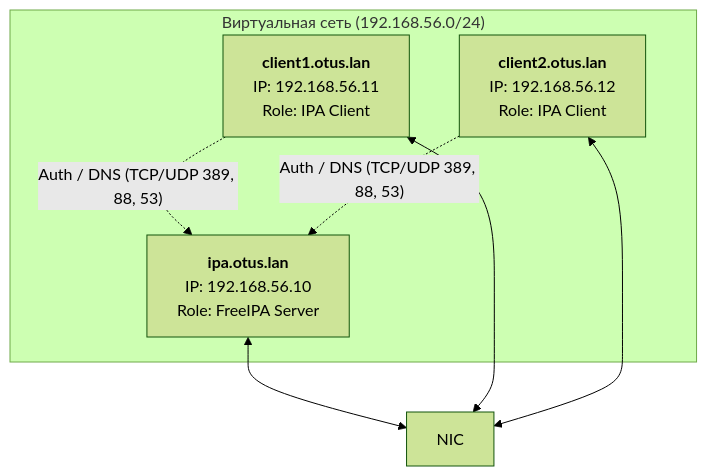
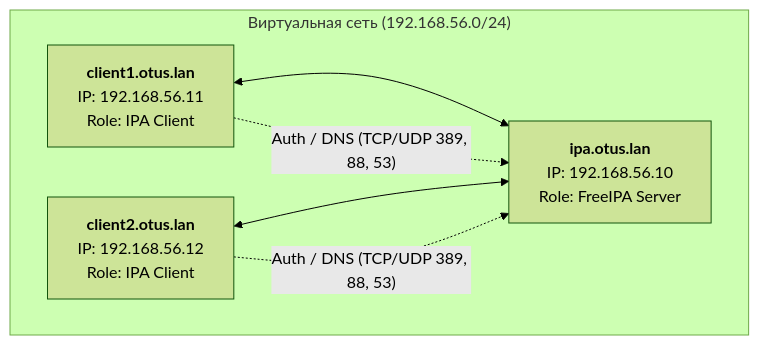
The diagram in 25_LDAP/README.md (mrAlexbody/otus_linux-pro-2025-08), drawn with Mermaid (forest theme) before and after one commit.

Commit message:
HW 25 "LDAP"

````diff
--- a/25_LDAP/README.md
+++ b/25_LDAP/README.md
@@ -25,19 +25,18 @@
 ```mermaid
 graph TD
 
     subgraph "Виртуальная сеть (192.168.56.0/24)"
         IPA[<b>ipa.otus.lan</b><br/>IP: 192.168.56.10<br/>Role: FreeIPA Server]
         C1[<b>client1.otus.lan</b><br/>IP: 192.168.56.11<br/>Role: IPA Client]
         C2[<b>client2.otus.lan</b><br/>IP: 192.168.56.12<br/>Role: IPA Client]
     end
 
     %% Линии связи
-    IPA <--> NIC
-    C1 <--> NIC
-    C2 <--> NIC
+    C1 <--> IPA
+    C2 <--> IPA
 
     %% Взаимодействие
     C1 -. "Auth / DNS (TCP/UDP 389, 88, 53)" .-> IPA
     C2 -. "Auth / DNS (TCP/UDP 389, 88, 53)" .-> IPA
 
 ```
````
